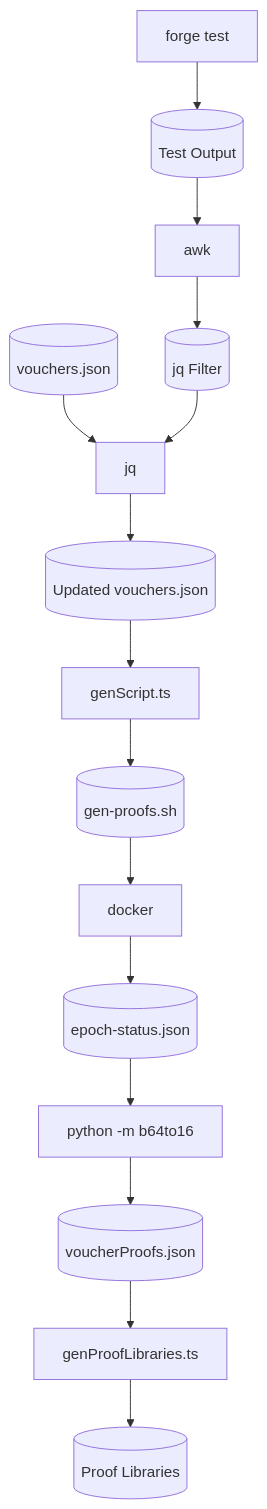
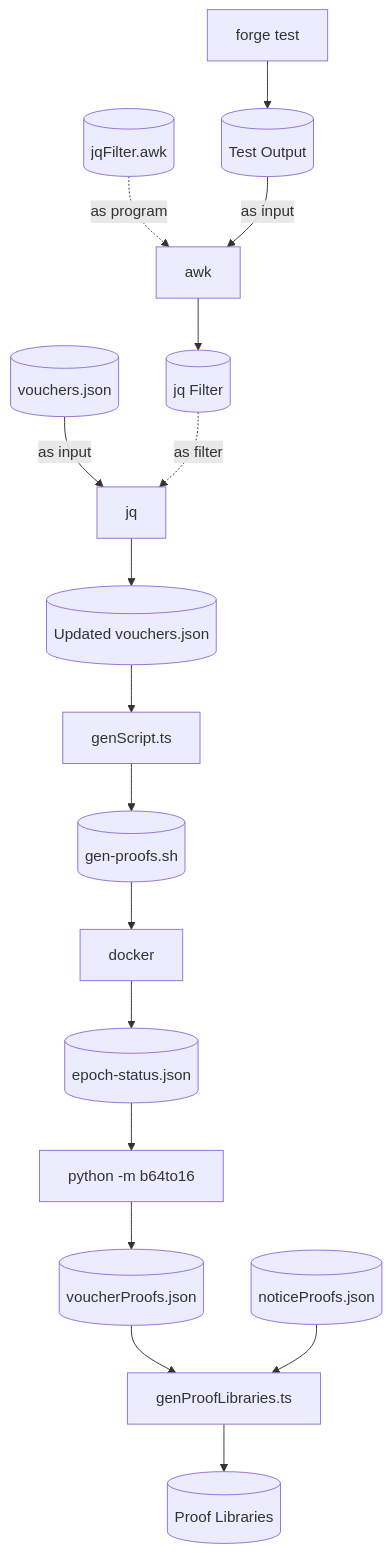
Before and after one commit to dapp-dragonxmlp09/rollups-contracts: the diagram in onchain/rollups-simplified/test/foundry/dapp/helper/README.md, drawn with Mermaid.

````diff
--- a/onchain/rollups-simplified/test/foundry/dapp/helper/README.md
+++ b/onchain/rollups-simplified/test/foundry/dapp/helper/README.md
@@ -49,10 +49,15 @@
 ```mermaid
 graph TD
     forge[forge test] --> testOutput[(Test Output)]
-    testOutput --> awk --> jqFilter[(jq Filter)]
-    vouchers[(vouchers.json)] & jqFilter --> jq --> updatedVouchers[(Updated vouchers.json)]
+    jqFilterProgram[(jqFilter.awk)] -. as program .-> awk
+    testOutput -- as input --> awk
+    awk --> jqFilter[(jq Filter)]
+    vouchers[(vouchers.json)] -- as input --> jq
+    jqFilter -. as filter .-> jq
+    jq --> updatedVouchers[(Updated vouchers.json)]
     updatedVouchers --> genScript.ts --> script[(gen-proofs.sh)]
     script --> docker --> epochStatus[(epoch-status.json)]
     epochStatus --> b64to16[python -m b64to16] --> voucherProofs[(voucherProofs.json)]
-    voucherProofs --> genProofLibraries.ts --> proofLibraries[(Proof Libraries)]
+    voucherProofs[(voucherProofs.json)] & noticeProofs[(noticeProofs.json)] --> genProofLibraries.ts
+    genProofLibraries.ts --> proofLibraries[(Proof Libraries)]
 ```
````
